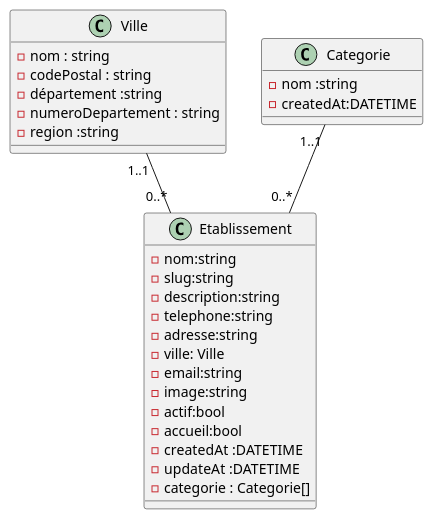
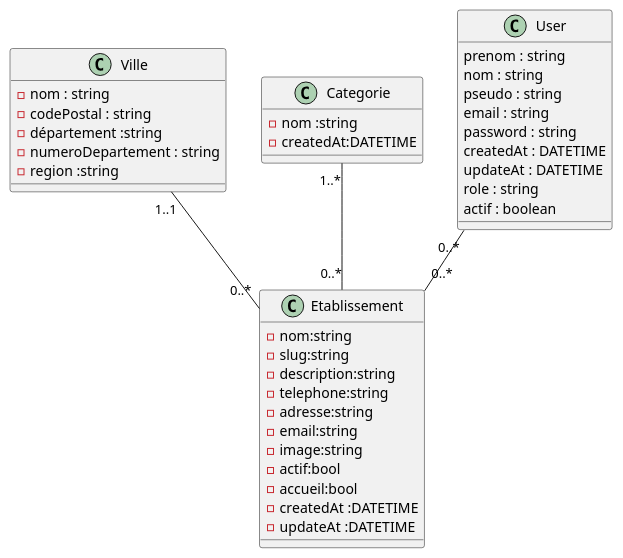
One commit to Zirmo/FC-tourisme changed the diagram in documentation/diagramme de class.puml. Above: the diagram before and after it, drawn with PlantUML. The commit also changed 16 other files, not shown here.

```diff
--- a/documentation/diagramme de class.puml
+++ b/documentation/diagramme de class.puml
@@ -1,37 +1,47 @@
 @startuml
 
 class Etablissement {
 
     -nom:string
     -slug:string
     -description:string
     -telephone:string
     -adresse:string
-    -ville: Ville
     -email:string
     -image:string
     -actif:bool
     -accueil:bool
     -createdAt :DATETIME
     -updateAt :DATETIME
-    -categorie : Categorie[]
+
 }
 
 class Ville {
     -nom : string
     -codePostal : string
     -département :string
     -numeroDepartement : string
     -region :string
 }
 
 class Categorie{
     -nom :string
     -createdAt:DATETIME
 }
+class User {
+    prenom : string
+    nom : string
+    pseudo : string
+    email : string
+    password : string
+    createdAt : DATETIME
+    updateAt : DATETIME
+    role : string
+    actif : boolean
+}
 
 Ville "1..1"-- "0..*" Etablissement
-Categorie "1..1"--"0..*" Etablissement
-
+Categorie "1..*"--"0..*" Etablissement
+User "0..*" -- "0..*"Etablissement
 
 @endum
```
